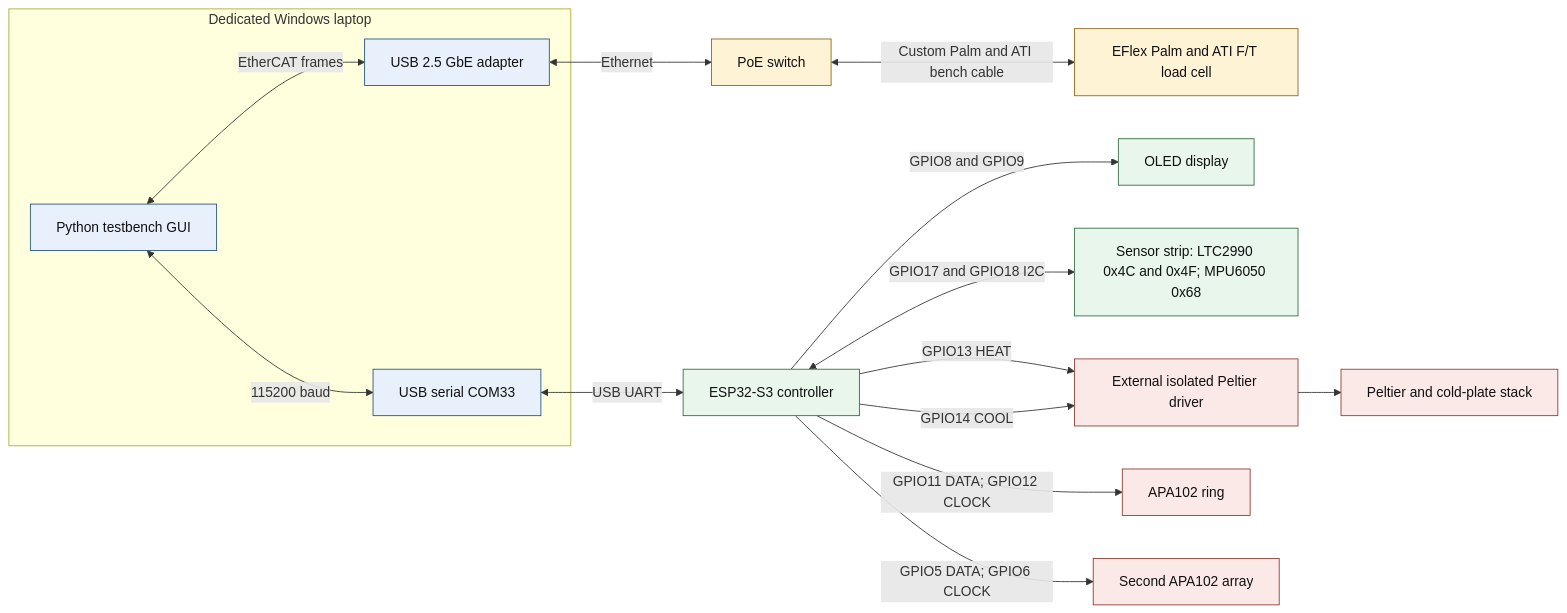
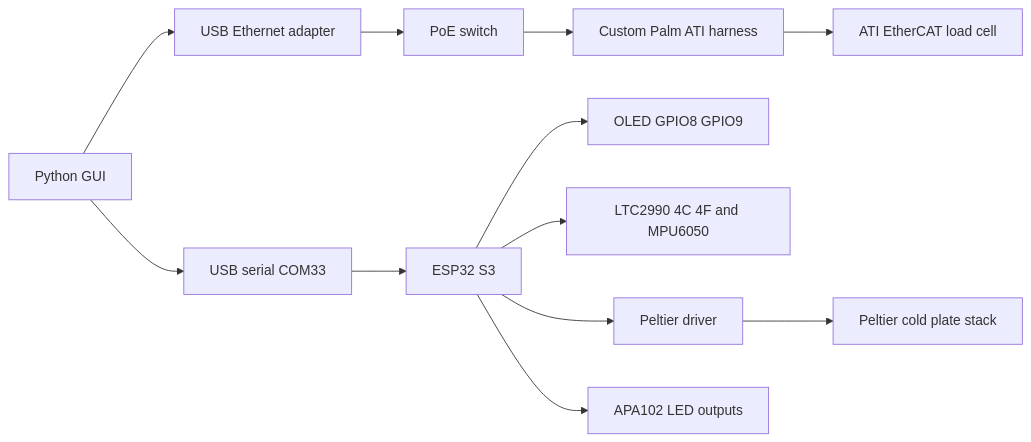
The diagram in docs/system-overview.mmd (allenglo/ATI-load-cell-ethercat-testbench), drawn with Mermaid before and after one commit. The commit also changed 1 other file, not shown here.

Commit message:
Simplify GitHub Mermaid system diagram

```diff
--- a/docs/system-overview.mmd
+++ b/docs/system-overview.mmd
@@ -1,29 +1,13 @@
 flowchart LR
-    subgraph HOST[Dedicated Windows laptop]
-        GUI[Python testbench GUI]
-        USBETH[USB 2.5 GbE adapter]
-        SERIAL[USB serial COM33]
-    end
+    GUI[Python GUI] --> ETH[USB Ethernet adapter]
+    ETH --> POE[PoE switch]
+    POE --> HARNESS[Custom Palm ATI harness]
+    HARNESS --> ATI[ATI EtherCAT load cell]
 
-    GUI <-->|EtherCAT frames| USBETH
-    USBETH <-->|Ethernet| POE[PoE switch]
-    POE <-->|Custom Palm and ATI bench cable| ATI[EFlex Palm and ATI F/T load cell]
-
-    GUI <-->|115200 baud| SERIAL
-    SERIAL <-->|USB UART| ESP[ESP32-S3 controller]
-    ESP -->|GPIO8 and GPIO9| OLED[OLED display]
-    ESP <-->|GPIO17 and GPIO18 I2C| SENSORS[Sensor strip: LTC2990 0x4C and 0x4F; MPU6050 0x68]
-    ESP -->|GPIO13 HEAT| DRIVER[External isolated Peltier driver]
-    ESP -->|GPIO14 COOL| DRIVER
-    DRIVER --> STACK[Peltier and cold-plate stack]
-    ESP -->|GPIO11 DATA; GPIO12 CLOCK| RING[APA102 ring]
-    ESP -->|GPIO5 DATA; GPIO6 CLOCK| ARRAY[Second APA102 array]
-
-    classDef host fill:#e8f1fb,stroke:#24527a,color:#111;
-    classDef network fill:#fff3d6,stroke:#8a6415,color:#111;
-    classDef control fill:#e8f6ec,stroke:#2d6b3f,color:#111;
-    classDef load fill:#fbe9e7,stroke:#8a3a2e,color:#111;
-    class GUI,USBETH,SERIAL host;
-    class POE,ATI network;
-    class ESP,OLED,SENSORS control;
-    class DRIVER,STACK,RING,ARRAY load;
+    GUI --> SERIAL[USB serial COM33]
+    SERIAL --> ESP[ESP32 S3]
+    ESP --> OLED[OLED GPIO8 GPIO9]
+    ESP --> SENSORS[LTC2990 4C 4F and MPU6050]
+    ESP --> DRIVER[Peltier driver]
+    DRIVER --> STACK[Peltier cold plate stack]
+    ESP --> LEDS[APA102 LED outputs]
```
